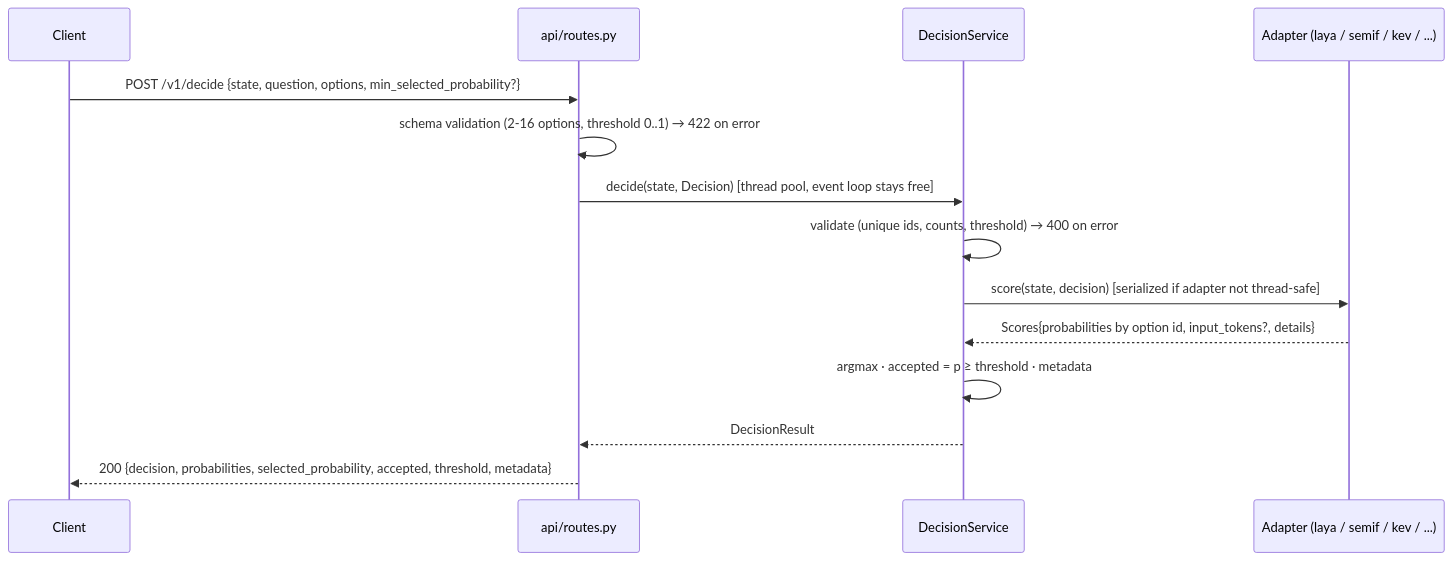
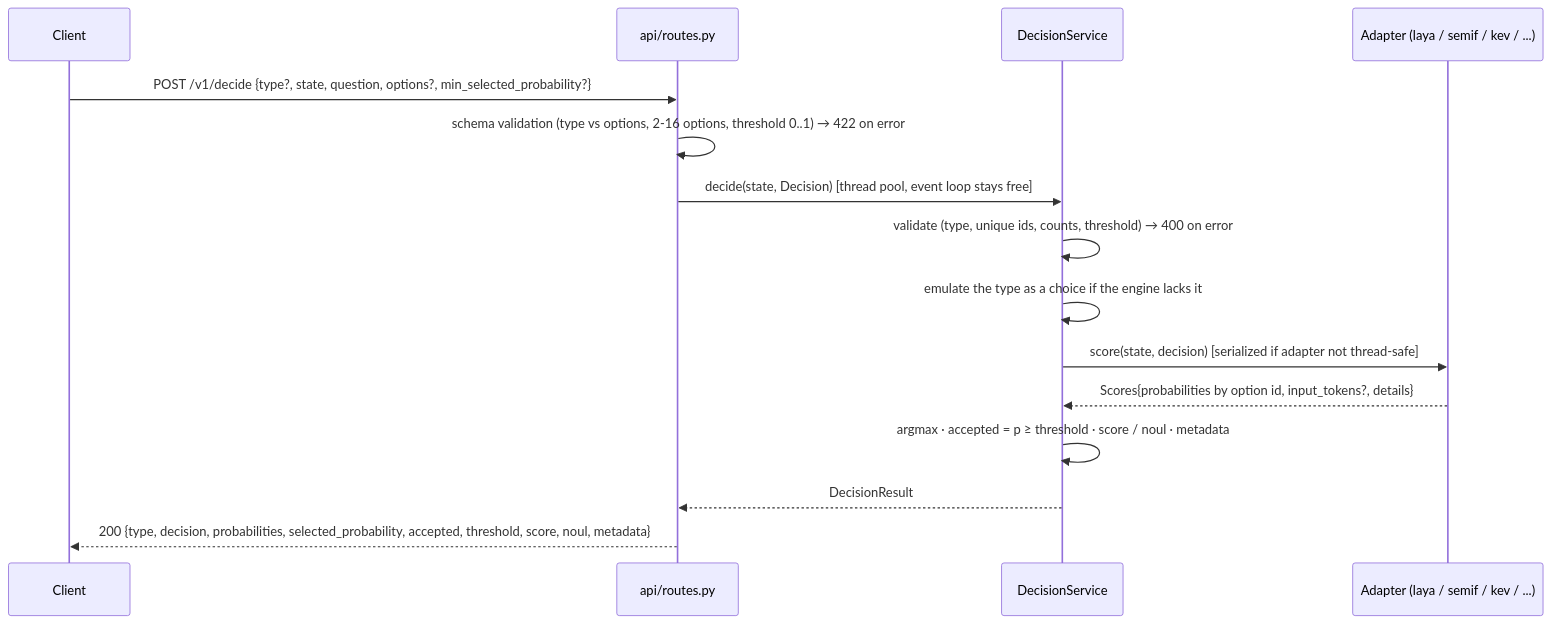
Before and after one commit to GiskardB/jev-agentbridge: the third of 4 diagrams in docs/architecture.md, drawn with Mermaid. The commit also changed other lines of this file and 32 other files, not shown here.

First line of the commit message:
Add JEV question types: choice, noul (yes/no) and score (ordinal)

````diff
--- a/docs/architecture.md
+++ b/docs/architecture.md
@@ -62,17 +82,18 @@
 ```mermaid
 sequenceDiagram
     participant C as Client
     participant A as api/routes.py
     participant S as DecisionService
     participant P as Adapter (laya / semif / kev / ...)
 
-    C->>A: POST /v1/decide {state, question, options, min_selected_probability?}
-    A->>A: schema validation (2-16 options, threshold 0..1) → 422 on error
+    C->>A: POST /v1/decide {type?, state, question, options?, min_selected_probability?}
+    A->>A: schema validation (type vs options, 2-16 options, threshold 0..1) → 422 on error
     A->>S: decide(state, Decision)  [thread pool, event loop stays free]
-    S->>S: validate (unique ids, counts, threshold) → 400 on error
+    S->>S: validate (type, unique ids, counts, threshold) → 400 on error
+    S->>S: emulate the type as a choice if the engine lacks it
     S->>P: score(state, decision)  [serialized if adapter not thread-safe]
     P-->>S: Scores{probabilities by option id, input_tokens?, details}
-    S->>S: argmax · accepted = p ≥ threshold · metadata
+    S->>S: argmax · accepted = p ≥ threshold · score / noul · metadata
     S-->>A: DecisionResult
-    A-->>C: 200 {decision, probabilities, selected_probability, accepted, threshold, metadata}
+    A-->>C: 200 {type, decision, probabilities, selected_probability, accepted, threshold, score, noul, metadata}
 ```
````
